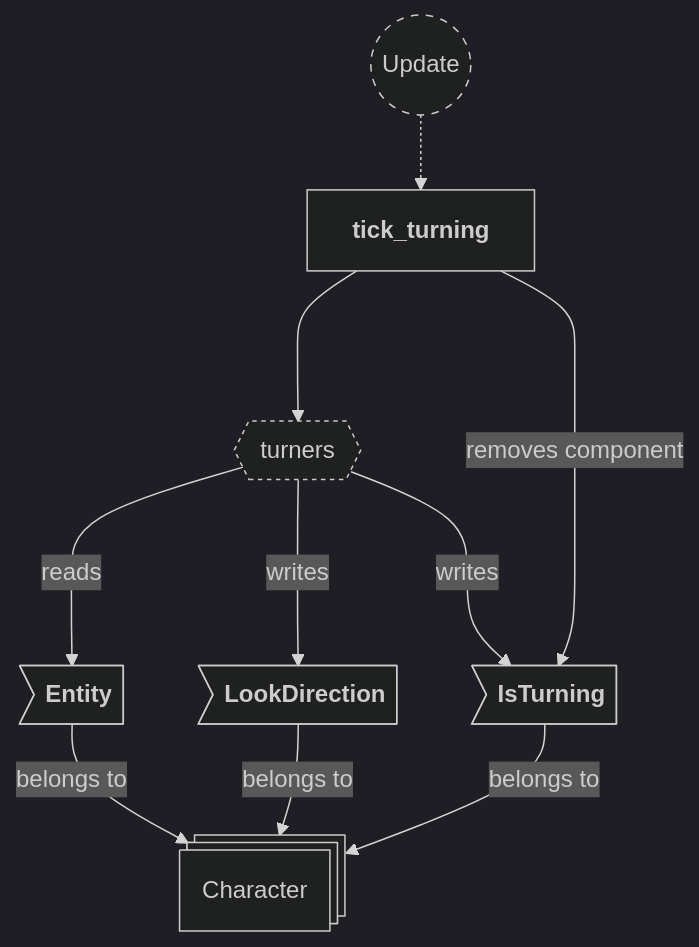
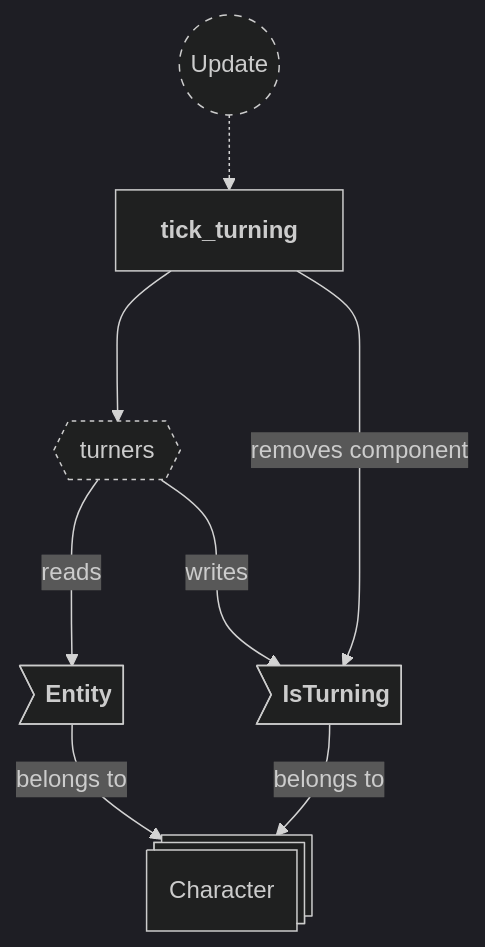
Before and after one commit to neurosoup/tyled: the eighth of 8 diagrams in backlog/docs/doc-2 - 002-Input-plugin.md, drawn with Mermaid. The commit also changed other lines of this file and 16 other files, not shown here.

````diff
--- a/backlog/docs/doc-2 - 002-Input-plugin.md
+++ b/backlog/docs/doc-2 - 002-Input-plugin.md
@@ -308,30 +297,28 @@
 ```mermaid
 ---
 config:
   theme: dark
 ---
 
 flowchart TD
 classDef system-group stroke-dasharray: 5 5
 classDef query stroke-dasharray: 3 3
 
 update(("`Update`")):::system-group
 tick_turning["`**tick_turning**`"]
 
 update -.-> tick_turning
 
 turners_query{{"`turners`"}}:::query
 tick_turning ---> turners_query
 
 character_entity@{ shape: st-rect, label: "Character" }
 
 pe_entity>"`**Entity**`"] --> |belongs to| character_entity
-pe_look_direction>"`**LookDirection**`"] --> |belongs to| character_entity
 pe_is_turning>"`**IsTurning**`"] --> |belongs to| character_entity
 
 turners_query ---> |reads| pe_entity
-turners_query ---> |writes| pe_look_direction
 turners_query ---> |writes| pe_is_turning
 
 tick_turning ---> |removes component| pe_is_turning
 ```
````
